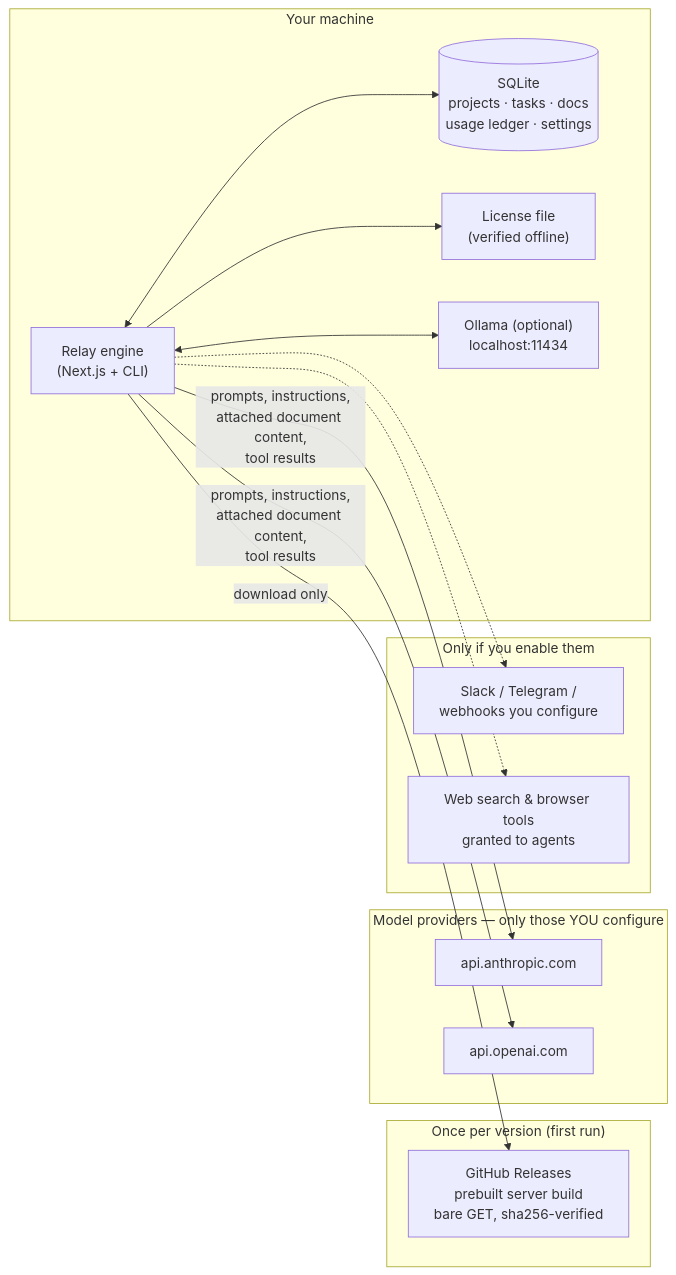
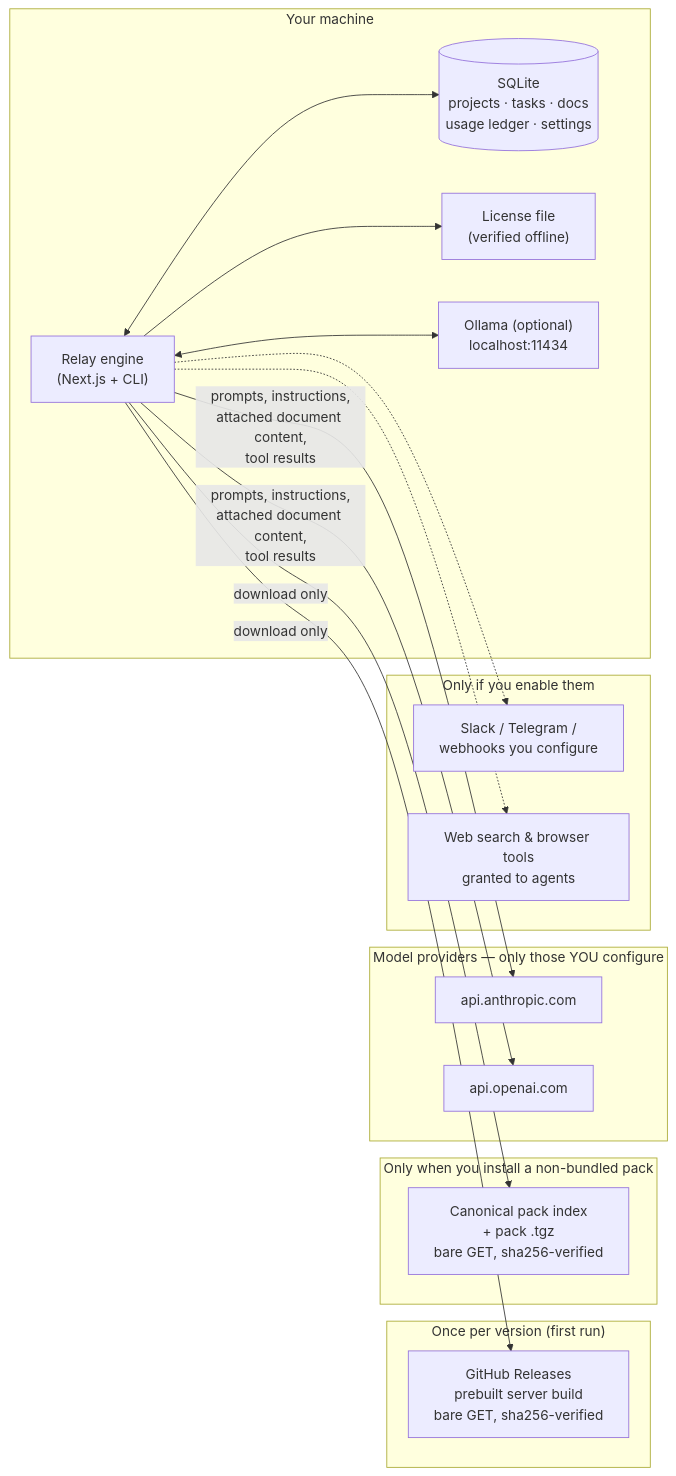
The diagram in docs/trust/data-flow.md (orionfold/relay), drawn with Mermaid before and after one commit. The commit also changed other lines of this file and 7 other files, not shown here.

````diff
--- a/docs/trust/data-flow.md
+++ b/docs/trust/data-flow.md
@@ -15,32 +15,37 @@
 ```mermaid
 flowchart LR
     subgraph yours["Your machine"]
         relay["Relay engine<br/>(Next.js + CLI)"]
         db[("SQLite<br/>projects · tasks · docs<br/>usage ledger · settings")]
         lic["License file<br/>(verified offline)"]
         ollama["Ollama (optional)<br/>localhost:11434"]
         relay <--> db
         relay --> lic
         relay <--> ollama
     end
 
     subgraph once["Once per version (first run)"]
         gh["GitHub Releases<br/>prebuilt server build<br/>bare GET, sha256-verified"]
     end
 
+    subgraph packfetch["Only when you install a non-bundled pack"]
+        pidx["Canonical pack index<br/>+ pack .tgz<br/>bare GET, sha256-verified"]
+    end
+
     subgraph providers["Model providers — only those YOU configure"]
         ant["api.anthropic.com"]
         oai["api.openai.com"]
     end
 
     subgraph optin["Only if you enable them"]
         chan["Slack / Telegram /<br/>webhooks you configure"]
         tools["Web search & browser tools<br/>granted to agents"]
     end
 
     relay -->|"download only"| gh
+    relay -->|"download only"| pidx
     relay -->|"prompts, instructions,<br/>attached document content,<br/>tool results"| ant
     relay -->|"prompts, instructions,<br/>attached document content,<br/>tool results"| oai
     relay -.-> chan
     relay -.-> tools
 ```
````
